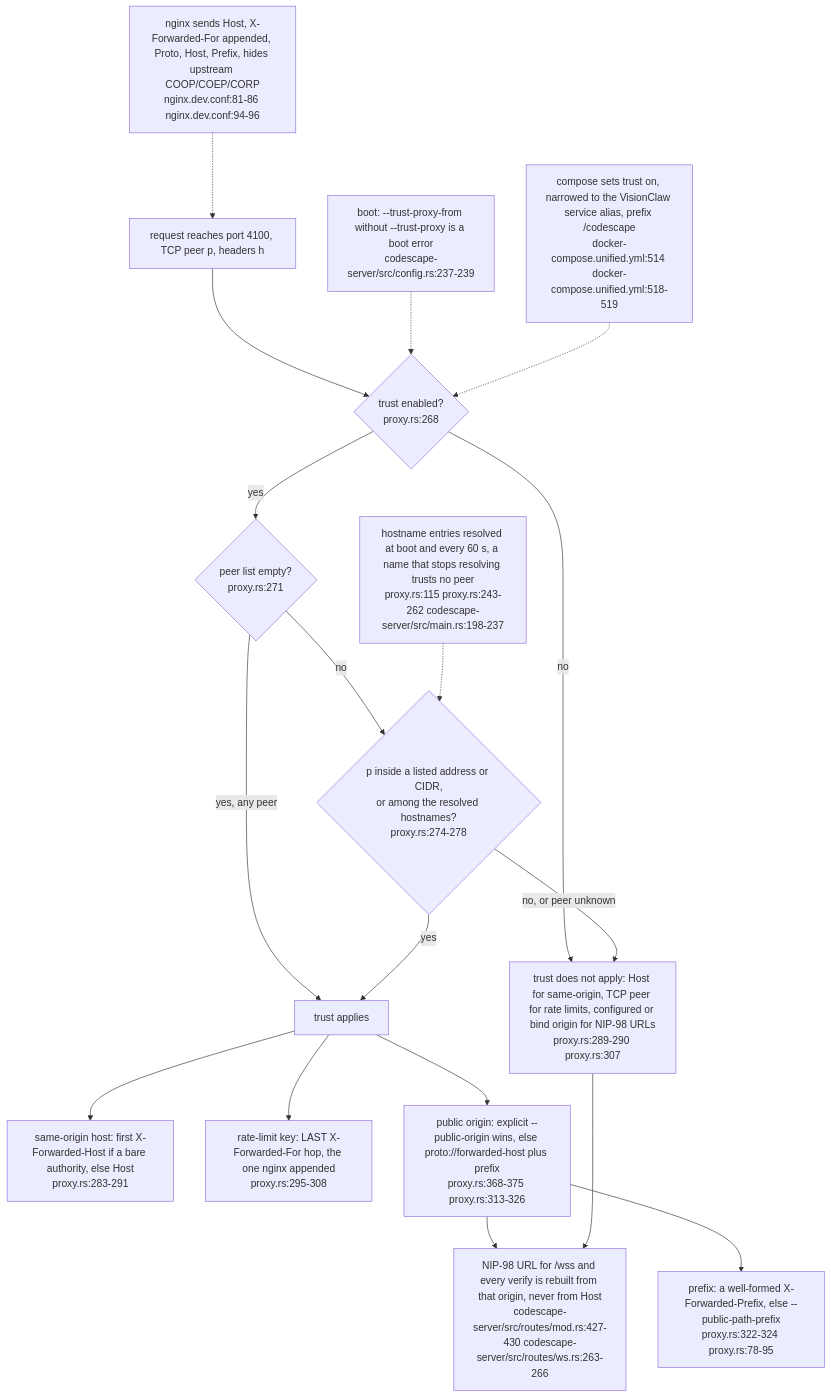
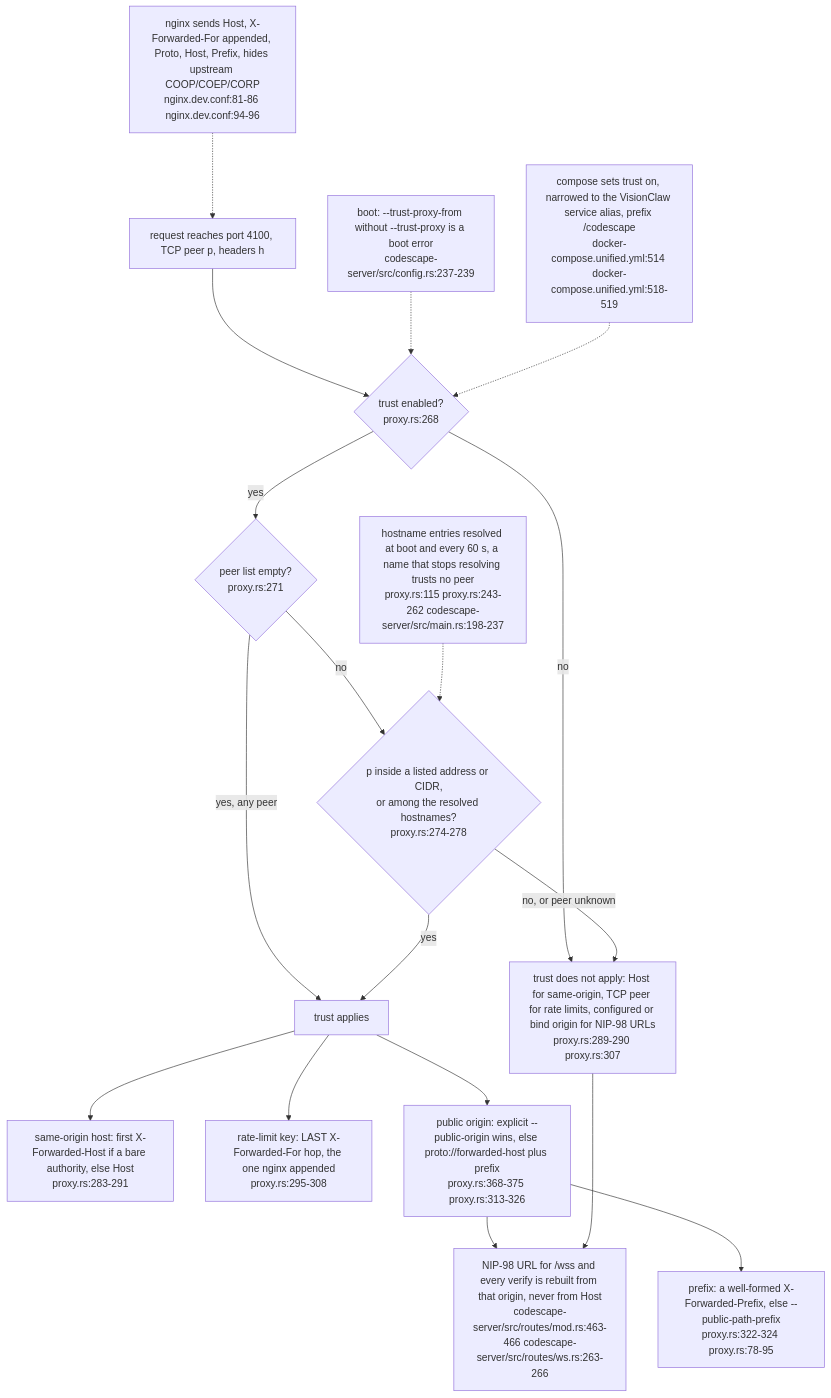
Before and after one commit to DreamLab-AI/VisionFlow: the sixth of 7 diagrams in docs/diagrams/visionclaw/39-codescape.md, drawn with Mermaid. The commit also changed other lines of this file and 151 other files, not shown here.

````diff
--- a/docs/diagrams/visionclaw/39-codescape.md
+++ b/docs/diagrams/visionclaw/39-codescape.md
@@ -295,35 +297,35 @@
 ```mermaid
 flowchart TB
     REQ["request reaches port 4100, TCP peer p, headers h"]
     CFG["boot: --trust-proxy-from without --trust-proxy is a boot error<br/>codescape-server/src/config.rs:237-239"]
     EN{"trust enabled?<br/>proxy.rs:268"}
     LIST{"peer list empty?<br/>proxy.rs:271"}
     MATCH{"p inside a listed address or CIDR,<br/>or among the resolved hostnames?<br/>proxy.rs:274-278"}
     REFRESH["hostname entries resolved at boot and every 60 s, a name that stops resolving trusts no peer<br/>proxy.rs:115 proxy.rs:243-262 codescape-server/src/main.rs:198-237"]
     OFF["trust does not apply: Host for same-origin, TCP peer for rate limits, configured or bind origin for NIP-98 URLs<br/>proxy.rs:289-290 proxy.rs:307"]
     ON["trust applies"]
     HOST["same-origin host: first X-Forwarded-Host if a bare authority, else Host<br/>proxy.rs:283-291"]
     IP["rate-limit key: LAST X-Forwarded-For hop, the one nginx appended<br/>proxy.rs:295-308"]
     ORIG["public origin: explicit --public-origin wins, else proto://forwarded-host plus prefix<br/>proxy.rs:368-375 proxy.rs:313-326"]
     PFX["prefix: a well-formed X-Forwarded-Prefix, else --public-path-prefix<br/>proxy.rs:322-324 proxy.rs:78-95"]
-    USE["NIP-98 URL for /wss and every verify is rebuilt from that origin, never from Host<br/>codescape-server/src/routes/mod.rs:427-430 codescape-server/src/routes/ws.rs:263-266"]
+    USE["NIP-98 URL for /wss and every verify is rebuilt from that origin, never from Host<br/>codescape-server/src/routes/mod.rs:463-466 codescape-server/src/routes/ws.rs:263-266"]
     REQ --> EN
     CFG -.-> EN
     EN -->|no| OFF
     EN -->|yes| LIST
     LIST -->|"yes, any peer"| ON
     LIST -->|no| MATCH
     REFRESH -.-> MATCH
     MATCH -->|"no, or peer unknown"| OFF
     MATCH -->|yes| ON
     ON --> HOST
     ON --> IP
     ON --> ORIG
     ORIG --> PFX
     ORIG --> USE
     OFF --> USE
     COMPOSE["compose sets trust on, narrowed to the VisionClaw service alias, prefix /codescape<br/>docker-compose.unified.yml:514 docker-compose.unified.yml:518-519"]
     NG["nginx sends Host, X-Forwarded-For appended, Proto, Host, Prefix, hides upstream COOP/COEP/CORP<br/>nginx.dev.conf:81-86 nginx.dev.conf:94-96"]
     COMPOSE -.-> EN
     NG -.-> REQ
 ```
````
